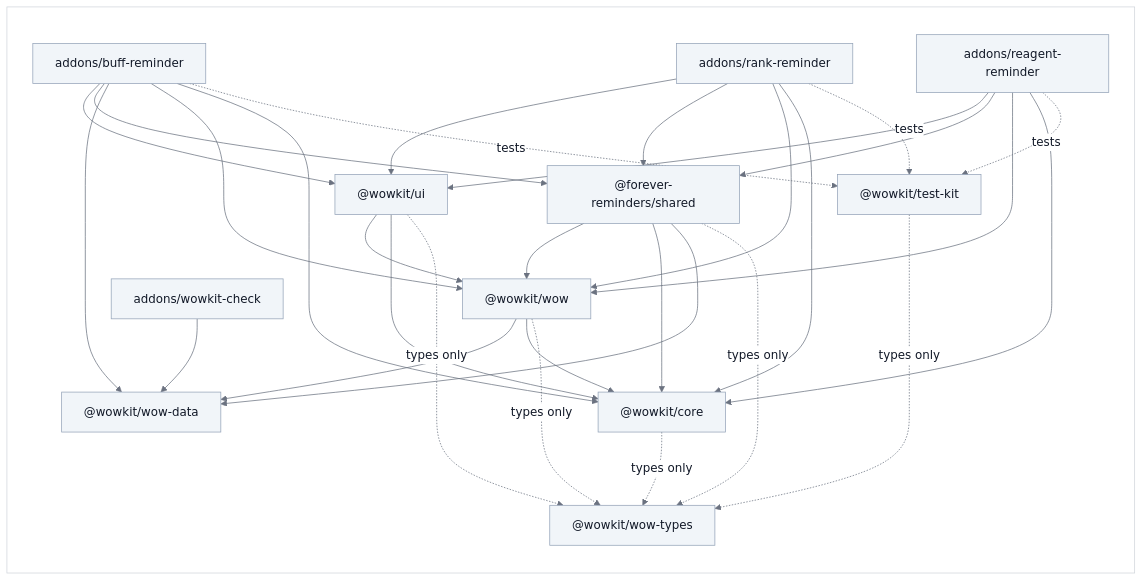
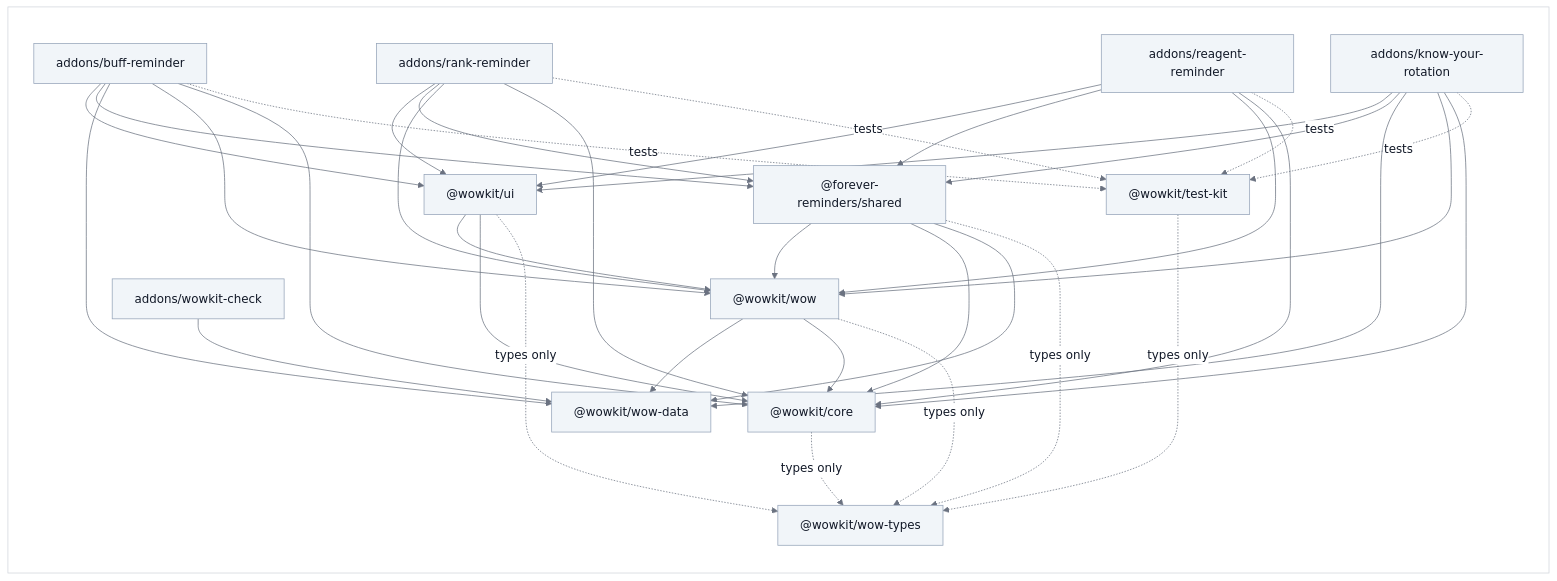
One commit to vattiss/wowkit changed the diagram in docs/packages.md. Above: the diagram before and after it, drawn with Mermaid. The commit also changed other lines of this file and 85 other files, not shown here.

First line of the commit message:
feat(know-your-rotation): rewrite the rotation helper on the packages of this repository

````diff
--- a/docs/packages.md
+++ b/docs/packages.md
@@ -30,38 +31,44 @@
 ```mermaid
 %%{init: {"theme":"base","themeVariables":{"background":"#ffffff","lineColor":"#6b7280","textColor":"#111827","primaryColor":"#f1f5f9","primaryTextColor":"#111827","primaryBorderColor":"#94a3b8","secondaryColor":"#e2e8f0","tertiaryColor":"#ffffff","mainBkg":"#f1f5f9","nodeBorder":"#94a3b8","nodeTextColor":"#111827","titleColor":"#111827","edgeLabelBackground":"#ffffff","labelBackground":"#ffffff","labelTextColor":"#111827","clusterBkg":"#ffffff","clusterBorder":"#d1d5db","classText":"#111827"}}}%%
 flowchart LR
     classDef default fill:#f1f5f9,stroke:#94a3b8,color:#111827
     subgraph PANEL[" "]
         buff["addons/buff-reminder"] --> ui["@wowkit/ui"]
         rank["addons/rank-reminder"] --> ui
         reagent["addons/reagent-reminder"] --> ui
+        rotation["addons/know-your-rotation"] --> ui
         buff --> shared["@forever-reminders/shared"]
         rank --> shared
         reagent --> shared
+        rotation --> shared
         shared --> wow
         shared --> core
         shared --> data["@wowkit/wow-data"]
         wow --> data
         buff --> data
+        rotation --> data
         checker["addons/wowkit-check"] --> data
         buff --> wow["@wowkit/wow"]
         rank --> wow
         reagent --> wow
+        rotation --> wow
         buff --> core["@wowkit/core"]
         rank --> core
         reagent --> core
+        rotation --> core
         ui --> wow
         ui --> core
         wow --> core
         buff -. "tests" .-> testkit["@wowkit/test-kit"]
         rank -. "tests" .-> testkit
         reagent -. "tests" .-> testkit
+        rotation -. "tests" .-> testkit
         wow -. "types only" .-> types["@wowkit/wow-types"]
         ui -. "types only" .-> types
         shared -. "types only" .-> types
         core -. "types only" .-> types
         testkit -. "types only" .-> types
     end
     classDef panel fill:#ffffff,stroke:#d1d5db,color:#111827
     class PANEL panel
 ```
````
